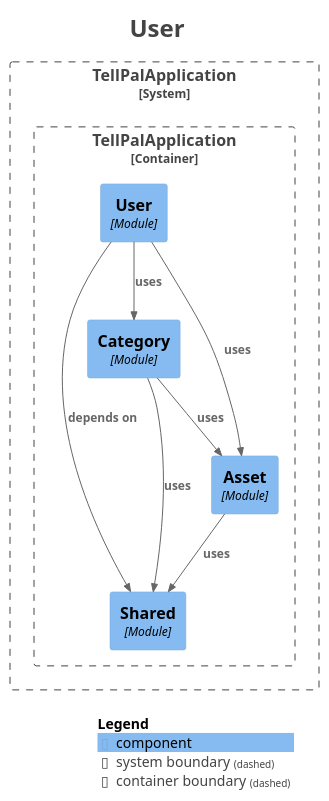
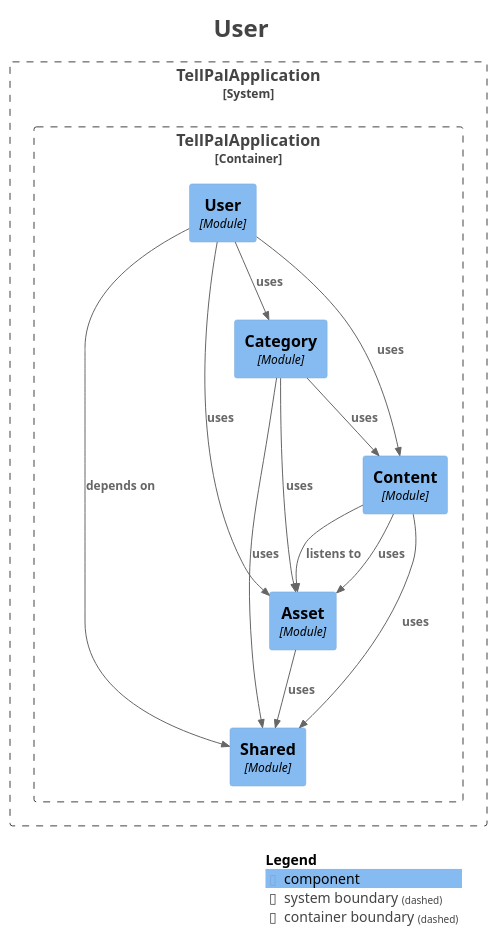
Before and after one commit to gurhann/tellpalv2: the diagram in be/docs/modulith/module-user.puml, drawn with PlantUML. The commit also changed 62 other files, not shown here.

```diff
--- a/be/docs/modulith/module-user.puml
+++ b/be/docs/modulith/module-user.puml
@@ -1,37 +1,43 @@
 @startuml
 title <size:24>User</size>
 
 set separator none
 top to bottom direction
 
 <style>
   root {
     BackgroundColor: #ffffff
     FontColor: #444444
   }
 </style>
 
 !include <C4/C4>
 !include <C4/C4_Context>
 !include <C4/C4_Component>
 
 System_Boundary("TellPalApplication_boundary", "TellPalApplication", $tags="") {
   Container_Boundary("TellPalApplication.TellPalApplication_boundary", "TellPalApplication", $tags="") {
     Component(TellPalApplication.TellPalApplication.Shared, "Shared", $techn="Module", $descr="", $tags="", $link="")
     Component(TellPalApplication.TellPalApplication.Asset, "Asset", $techn="Module", $descr="", $tags="", $link="")
+    Component(TellPalApplication.TellPalApplication.Content, "Content", $techn="Module", $descr="", $tags="", $link="")
     Component(TellPalApplication.TellPalApplication.Category, "Category", $techn="Module", $descr="", $tags="", $link="")
     Component(TellPalApplication.TellPalApplication.User, "User", $techn="Module", $descr="", $tags="", $link="")
   }
 
 }
 
-Rel(TellPalApplication.TellPalApplication.Asset, TellPalApplication.TellPalApplication.Shared, "uses", $techn="", $tags="", $link="")
+Rel(TellPalApplication.TellPalApplication.Category, TellPalApplication.TellPalApplication.Content, "uses", $techn="", $tags="", $link="")
 Rel(TellPalApplication.TellPalApplication.Category, TellPalApplication.TellPalApplication.Asset, "uses", $techn="", $tags="", $link="")
 Rel(TellPalApplication.TellPalApplication.Category, TellPalApplication.TellPalApplication.Shared, "uses", $techn="", $tags="", $link="")
+Rel(TellPalApplication.TellPalApplication.Content, TellPalApplication.TellPalApplication.Asset, "listens to", $techn="", $tags="", $link="")
+Rel(TellPalApplication.TellPalApplication.Content, TellPalApplication.TellPalApplication.Asset, "uses", $techn="", $tags="", $link="")
+Rel(TellPalApplication.TellPalApplication.Content, TellPalApplication.TellPalApplication.Shared, "uses", $techn="", $tags="", $link="")
+Rel(TellPalApplication.TellPalApplication.Asset, TellPalApplication.TellPalApplication.Shared, "uses", $techn="", $tags="", $link="")
 Rel(TellPalApplication.TellPalApplication.User, TellPalApplication.TellPalApplication.Shared, "depends on", $techn="", $tags="", $link="")
 Rel(TellPalApplication.TellPalApplication.User, TellPalApplication.TellPalApplication.Category, "uses", $techn="", $tags="", $link="")
+Rel(TellPalApplication.TellPalApplication.User, TellPalApplication.TellPalApplication.Content, "uses", $techn="", $tags="", $link="")
 Rel(TellPalApplication.TellPalApplication.User, TellPalApplication.TellPalApplication.Asset, "uses", $techn="", $tags="", $link="")
 
 SHOW_LEGEND(true)
 hide stereotypes
 @enduml
```
